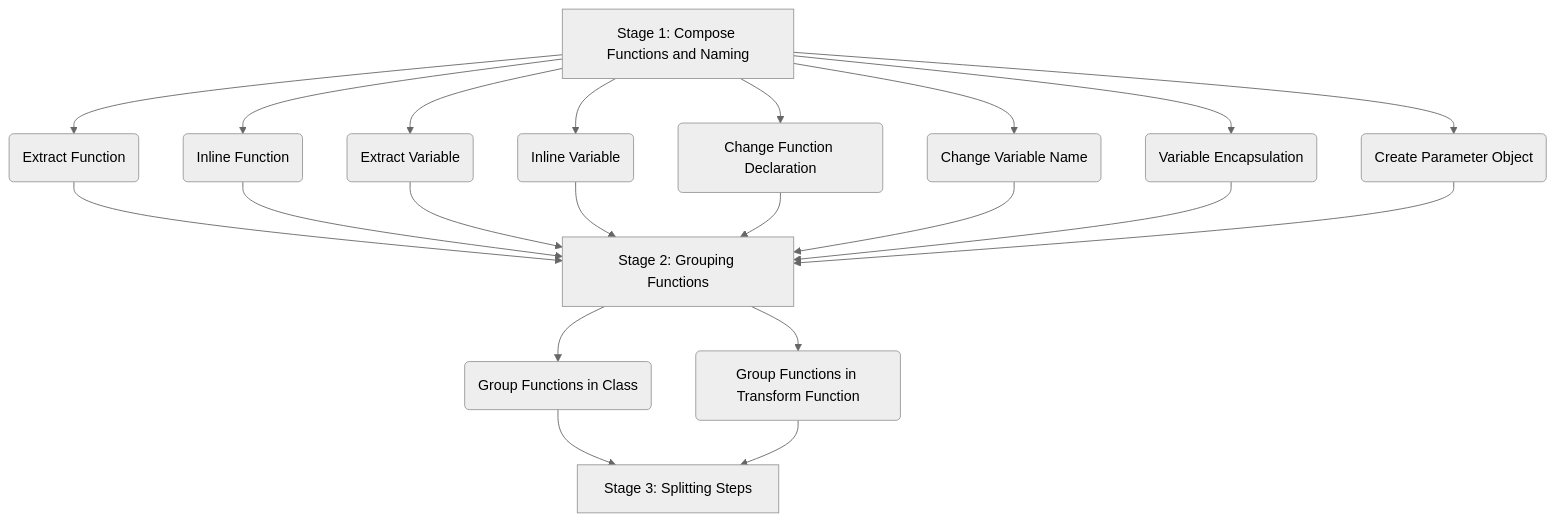
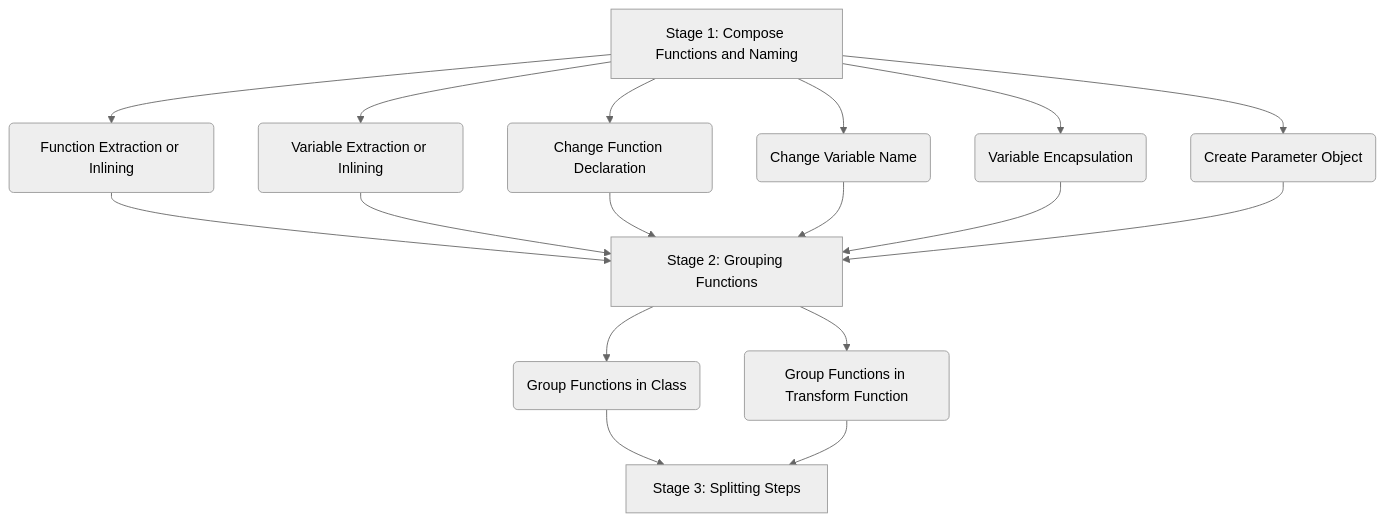
The diagram in README.md (MJbae/refactoring-with-codes), drawn with Mermaid (neutral theme) before and after one commit.

Commit message:
change flow chart in ii

````diff
--- a/README.md
+++ b/README.md
@@ -491,31 +491,27 @@
 ```mermaid
 graph TD
     stage1[Stage 1: Compose Functions and Naming]
-    ExtractFunction(Extract Function)
-    ExtractVariable(Extract Variable)
-    InlineFunction(Inline Function)
-    InlineVariable(Inline Variable)
+    Function(Function Extraction or Inlining)
+    Variable(Variable Extraction or Inlining)
     ChangeFunctionDeclaration(Change Function Declaration)
     ChangeVariableName(Change Variable Name)
     VariableEncapsulation(Variable Encapsulation)
     CreateParameterObject(Create Parameter Object)
 
     stage2[Stage 2: Grouping Functions]
     GroupFunctionsInClass(Group Functions in Class)
     GroupFunctionsInTransformFunction(Group Functions in Transform Function)
 
     stage3[Stage 3: Splitting Steps]
     
-    stage1 --> ExtractFunction -->  stage2
-    stage1 --> InlineFunction -->  stage2
-    stage1 --> ExtractVariable --> stage2
-    stage1 --> InlineVariable --> stage2
+    stage1 --> Function -->  stage2
+    stage1 --> Variable -->  stage2
     stage1 --> ChangeFunctionDeclaration --> stage2
     stage1 --> ChangeVariableName --> stage2
     stage1 --> VariableEncapsulation --> stage2
     stage1 --> CreateParameterObject --> stage2
     
     stage2 --> GroupFunctionsInClass --> stage3
     stage2 --> GroupFunctionsInTransformFunction --> stage3
 
 ```
````
